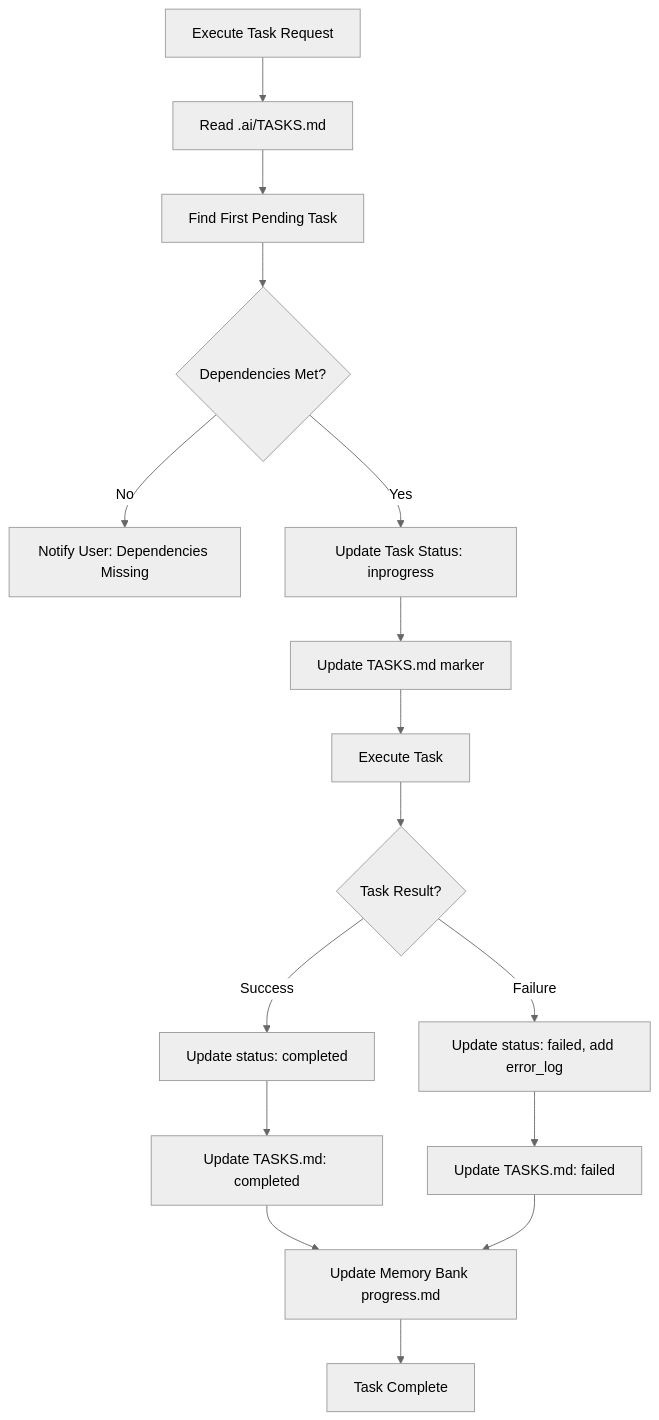
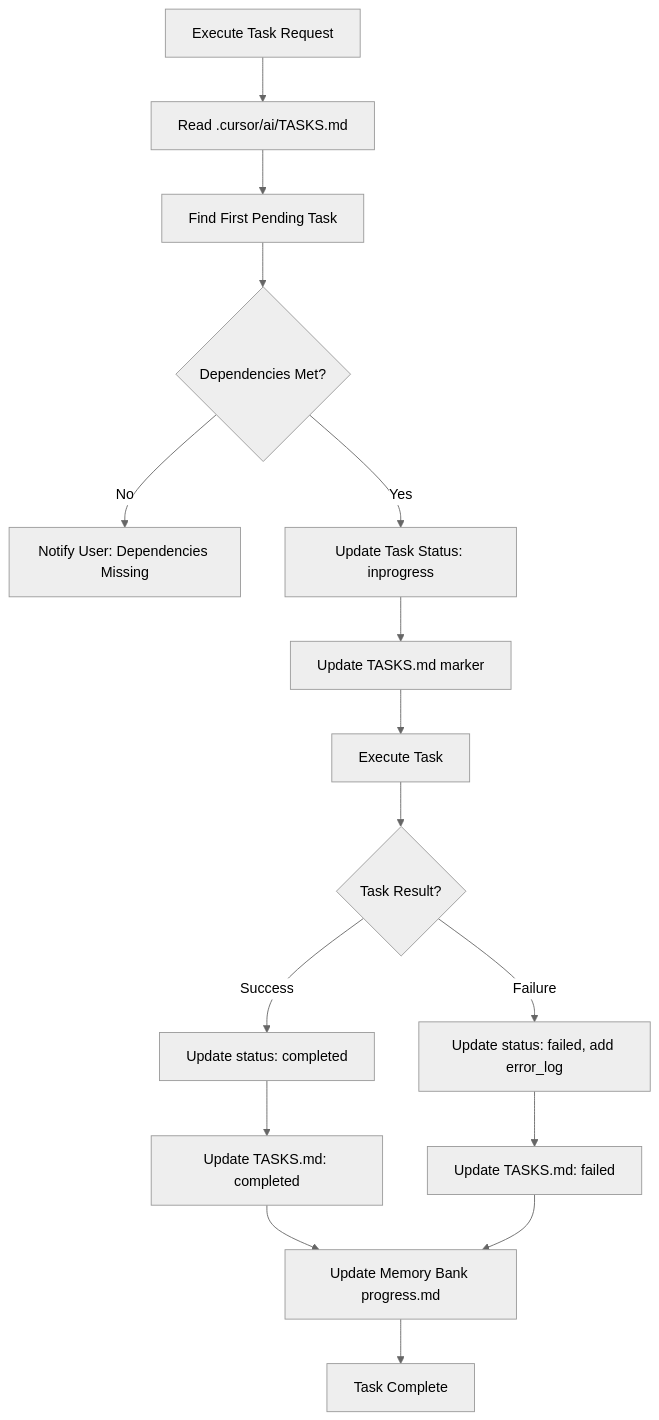
One commit to louisfghbvc/task-management-memory-system changed the eighth of 17 diagrams in .cursor/rules/unified-workflow.md. Above: the diagram before and after it, drawn with Mermaid (neutral theme). The commit also changed other lines of this file and 11 other files, not shown here.

````diff
--- a/.cursor/rules/unified-workflow.md
+++ b/.cursor/rules/unified-workflow.md
@@ -148,25 +178,25 @@
 ```mermaid
 flowchart TD
-    Execute[Execute Task Request] --> ReadTasks[Read .ai/TASKS.md]
+    Execute[Execute Task Request] --> ReadTasks[Read .cursor/ai/TASKS.md]
     ReadTasks --> FindTask[Find First Pending Task]
     FindTask --> CheckDeps{Dependencies Met?}
     
     CheckDeps -->|No| NotifyUser[Notify User: Dependencies Missing]
     CheckDeps -->|Yes| UpdateStatus[Update Task Status: inprogress]
     
     UpdateStatus --> UpdateMaster[Update TASKS.md marker]
     UpdateMaster --> ExecuteTask[Execute Task]
     
     ExecuteTask --> Result{Task Result?}
     
     Result -->|Success| Success[Update status: completed]
     Result -->|Failure| Failure[Update status: failed, add error_log]
     
     Success --> UpdateMasterSuccess[Update TASKS.md: completed]
     Failure --> UpdateMasterFailed[Update TASKS.md: failed]
     
     UpdateMasterSuccess --> UpdateProgress[Update Memory Bank progress.md]
     UpdateMasterFailed --> UpdateProgress
     
     UpdateProgress --> Complete[Task Complete]
 ```
````
